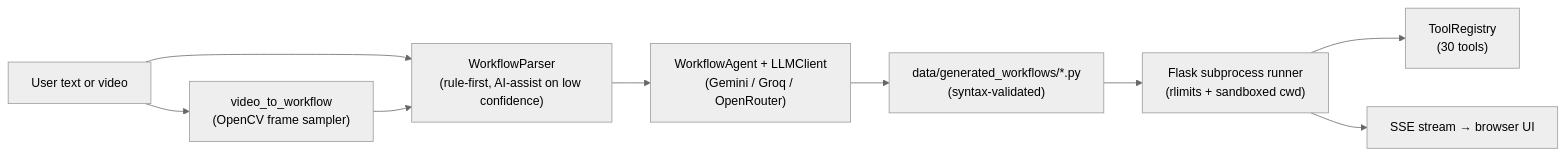
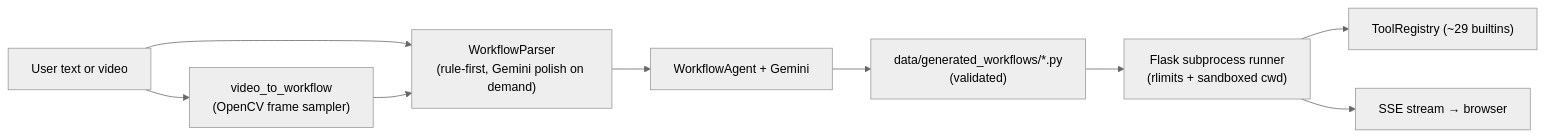
Before and after one commit to KMeltzer24/workflowMVP: the diagram in README.md, drawn with Mermaid (neutral theme). The commit also changed other lines of this file and 22 other files, not shown here.

````diff
--- a/README.md
+++ b/README.md
@@ -14,11 +9,11 @@
 ```mermaid
 flowchart LR
-    user["User text or video"] --> parser["WorkflowParser<br/>(rule-first, AI-assist on low confidence)"]
+    user["User text or video"] --> parser["WorkflowParser<br/>(rule-first, Gemini polish on demand)"]
     user --> video["video_to_workflow<br/>(OpenCV frame sampler)"]
     video --> parser
-    parser --> agentNode["WorkflowAgent + LLMClient<br/>(Gemini / Groq / OpenRouter)"]
-    agentNode --> script["data/generated_workflows/*.py<br/>(syntax-validated)"]
+    parser --> agentNode["WorkflowAgent + Gemini"]
+    agentNode --> script["data/generated_workflows/*.py<br/>(validated)"]
     script --> runner["Flask subprocess runner<br/>(rlimits + sandboxed cwd)"]
-    runner --> tools["ToolRegistry<br/>(30 tools)"]
-    runner --> sse["SSE stream → browser UI"]
+    runner --> tools["ToolRegistry (~29 builtins)"]
+    runner --> sse["SSE stream → browser"]
 ```
````
